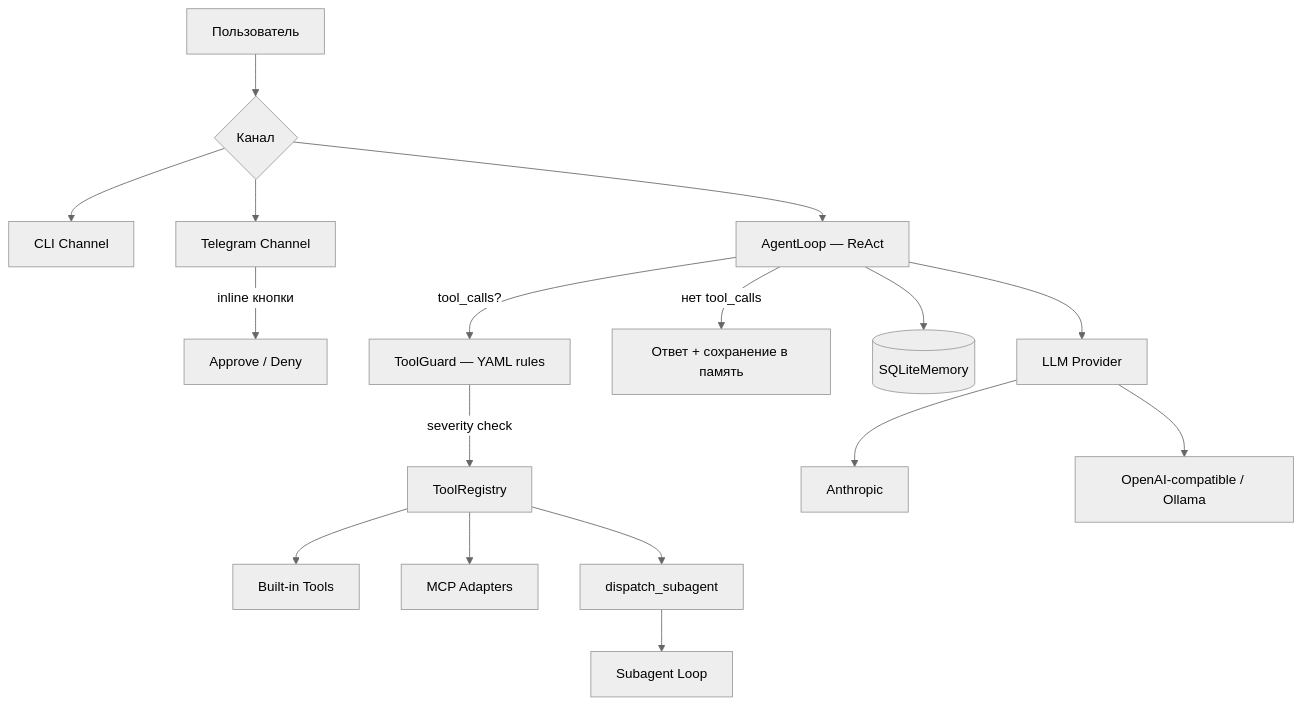
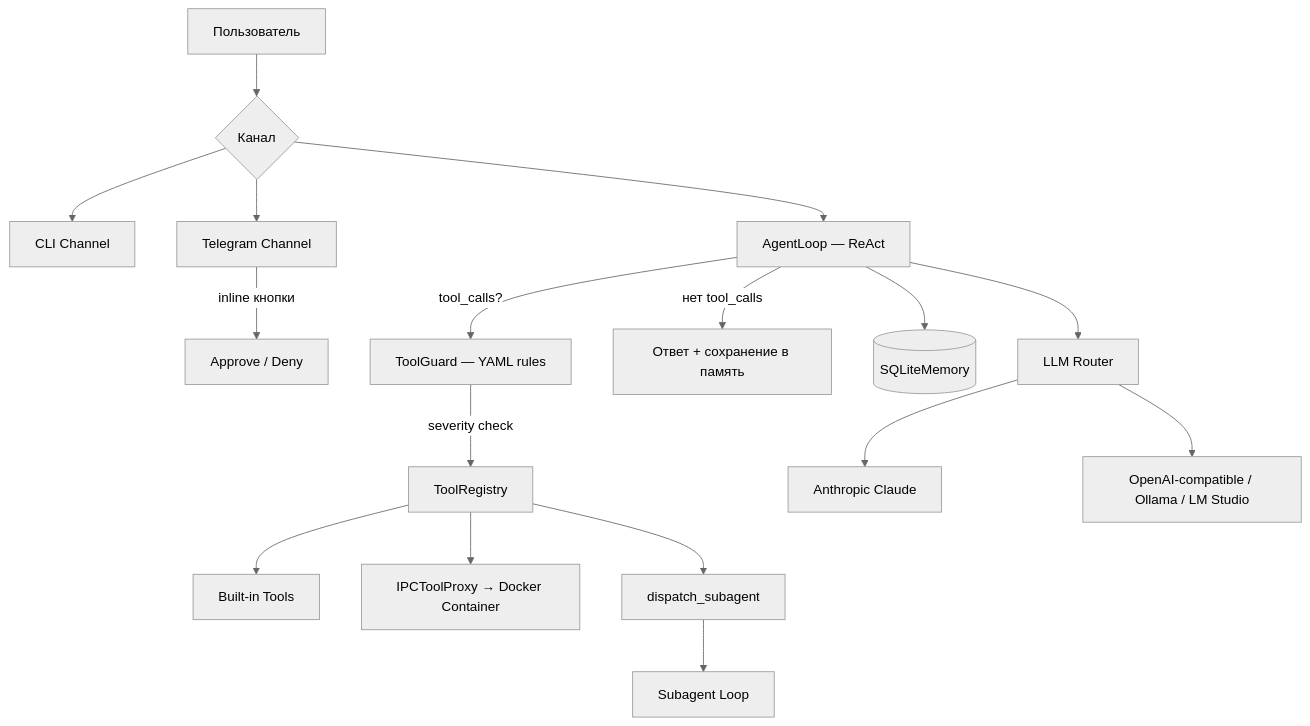
Before and after one commit to Mage212/corpclaw-lite: the diagram in README.md, drawn with Mermaid (neutral theme). The commit also changed other lines of this file, not shown here.

````diff
--- a/README.md
+++ b/README.md
@@ -26,21 +11,21 @@
 ```mermaid
 graph TD
     User[Пользователь] --> Channel{Канал}
     Channel --> CLI[CLI Channel]
     Channel --> TG[Telegram Channel]
     TG --> |inline кнопки| Approval[Approve / Deny]
 
     Channel --> Loop[AgentLoop — ReAct]
     Loop --> |tool_calls?| Guard[ToolGuard — YAML rules]
     Guard --> |severity check| Registry[ToolRegistry]
     Registry --> Tools[Built-in Tools]
-    Registry --> MCP[MCP Adapters]
+    Registry --> IPC[IPCToolProxy → Docker Container]
     Registry --> Dispatch[dispatch_subagent]
     Dispatch --> SubLoop[Subagent Loop]
 
     Loop --> |нет tool_calls| Response[Ответ + сохранение в память]
     Loop --> Memory[(SQLiteMemory)]
-    Loop --> LLM[LLM Provider]
-    LLM --> Anthropic[Anthropic]
-    LLM --> OpenAI[OpenAI-compatible / Ollama]
+    Loop --> LLM[LLM Router]
+    LLM --> Anthropic[Anthropic Claude]
+    LLM --> OpenAI[OpenAI-compatible / Ollama / LM Studio]
 ```
````
